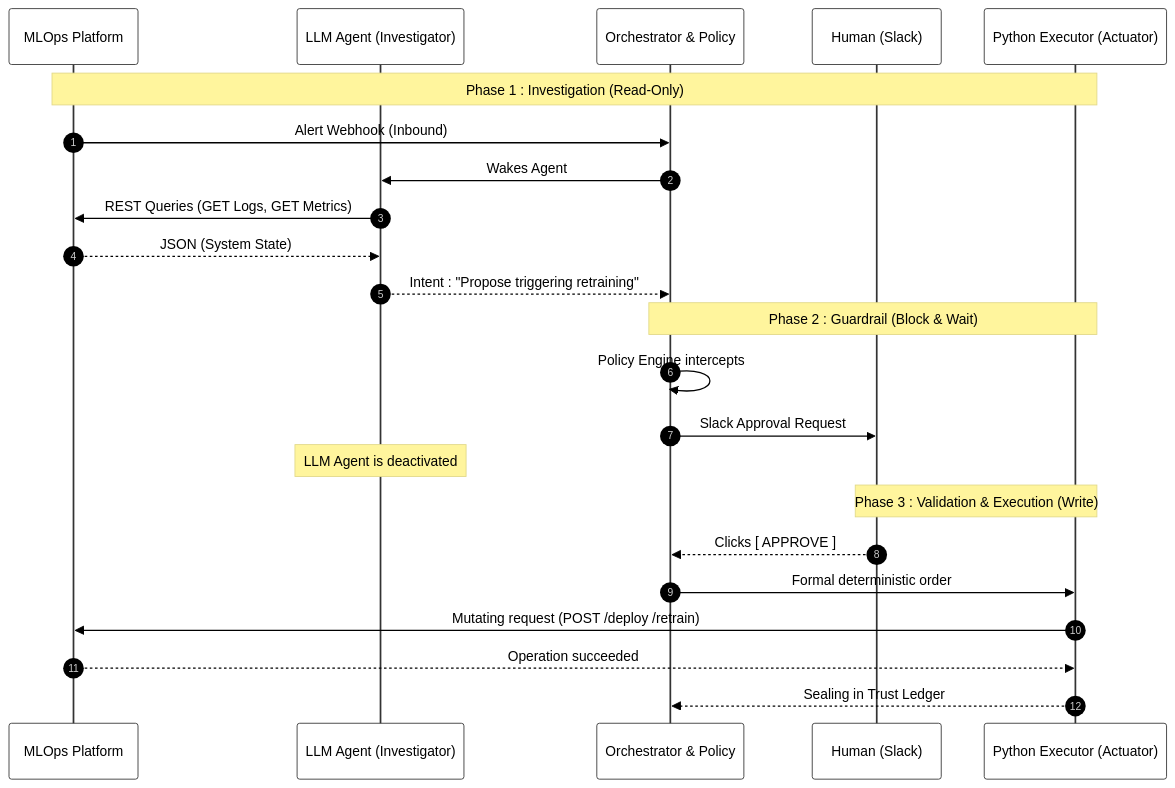
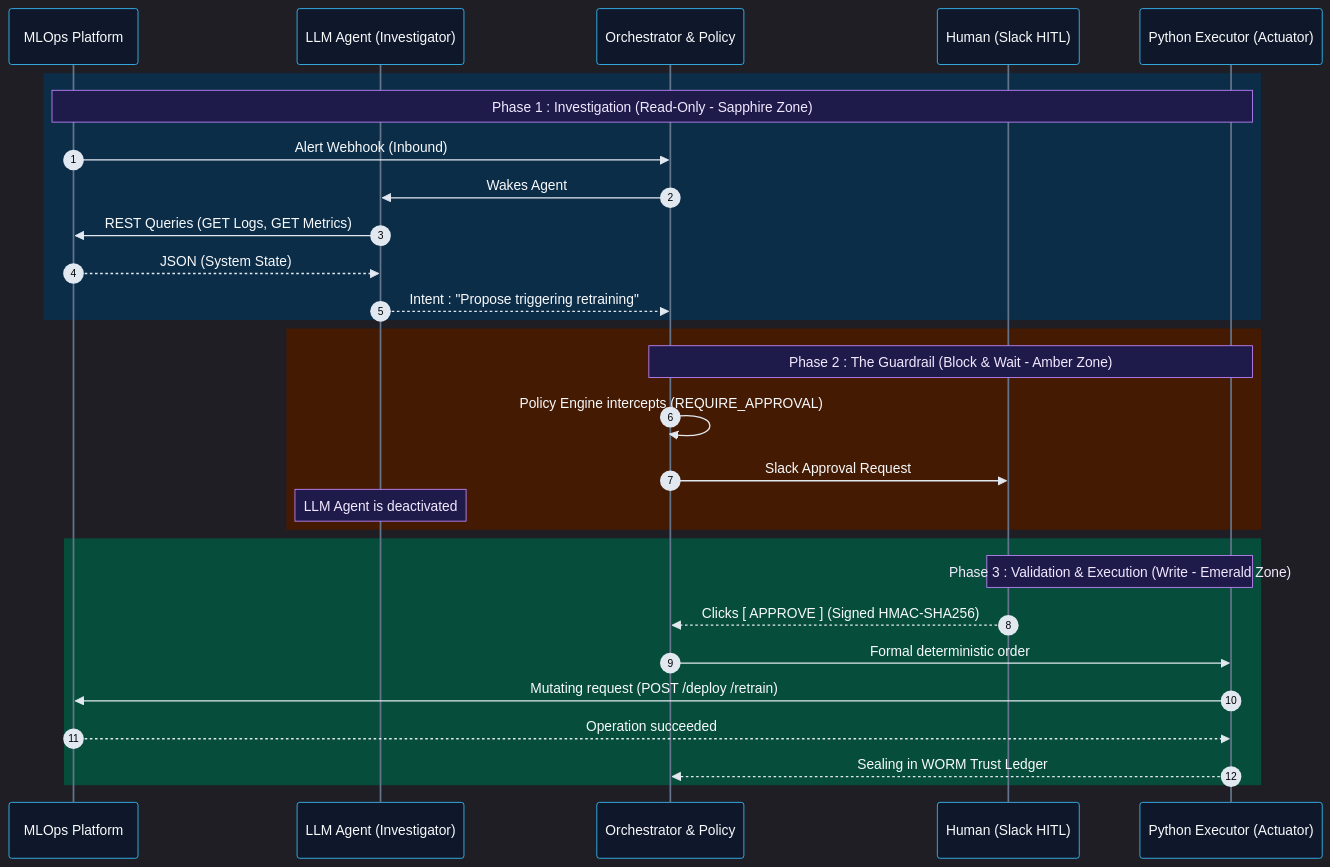
The second of 3 diagrams in README.md (nolll77/agentic-ops), drawn with Mermaid before and after one commit. The commit also changed other lines of this file and 1 other file, not shown here.

Commit message:
style(mermaid): apply semantic Dark-Mode color palette across all sequence and flowchart diagrams in README.md and README_FR.md

````diff
--- a/README.md
+++ b/README.md
@@ -339,29 +346,35 @@
 ```mermaid
-%%{init: {'theme': 'base', 'themeVariables': {'primaryColor': '#ffffff', 'primaryTextColor': '#000000', 'primaryBorderColor': '#333333', 'lineColor': '#333333', 'noteBkgColor': '#fff59d', 'noteTextColor': '#000000'}}}%%
+%%{init: {'theme': 'dark', 'themeVariables': {'actorBkg': '#0f172a', 'actorBorder': '#38bdf8', 'actorTextColor': '#f8fafc', 'actorLineColor': '#64748b', 'signalColor': '#e2e8f0', 'signalTextColor': '#f8fafc', 'noteBkgColor': '#1e1b4b', 'noteBorderColor': '#c084fc', 'noteTextColor': '#f3e8ff', 'activationBkgColor': '#334155', 'activationBorderColor': '#38bdf8'}}}%%
 sequenceDiagram
     autonumber
     participant Platform as MLOps Platform
     participant Agent as LLM Agent (Investigator)
     participant FSM as Orchestrator & Policy
-    participant Human as Human (Slack)
+    participant Human as Human (Slack HITL)
     participant Exec as Python Executor (Actuator)
 
-    Note over Platform, Exec: Phase 1 : Investigation (Read-Only)
+    rect rgb(12, 45, 72)
+    Note over Platform, Exec: Phase 1 : Investigation (Read-Only - Sapphire Zone)
     Platform->>FSM: Alert Webhook (Inbound)
     FSM->>Agent: Wakes Agent
     Agent->>Platform: REST Queries (GET Logs, GET Metrics)
     Platform-->>Agent: JSON (System State)
     Agent-->>FSM: Intent : "Propose triggering retraining"
+    end
 
-    Note over FSM, Exec: Phase 2 : Guardrail (Block & Wait)
-    FSM->>FSM: Policy Engine intercepts
+    rect rgb(69, 26, 3)
+    Note over FSM, Exec: Phase 2 : The Guardrail (Block & Wait - Amber Zone)
+    FSM->>FSM: Policy Engine intercepts (REQUIRE_APPROVAL)
     FSM->>Human: Slack Approval Request
     Note over Agent: LLM Agent is deactivated
+    end
     
-    Note over Human, Exec: Phase 3 : Validation & Execution (Write)
-    Human-->>FSM: Clicks [ APPROVE ]
+    rect rgb(6, 78, 59)
+    Note over Human, Exec: Phase 3 : Validation & Execution (Write - Emerald Zone)
+    Human-->>FSM: Clicks [ APPROVE ] (Signed HMAC-SHA256)
     FSM->>Exec: Formal deterministic order
     Exec->>Platform: Mutating request (POST /deploy /retrain)
     Platform-->>Exec: Operation succeeded
-    Exec-->>FSM: Sealing in Trust Ledger
+    Exec-->>FSM: Sealing in WORM Trust Ledger
+    end
 ```
````
